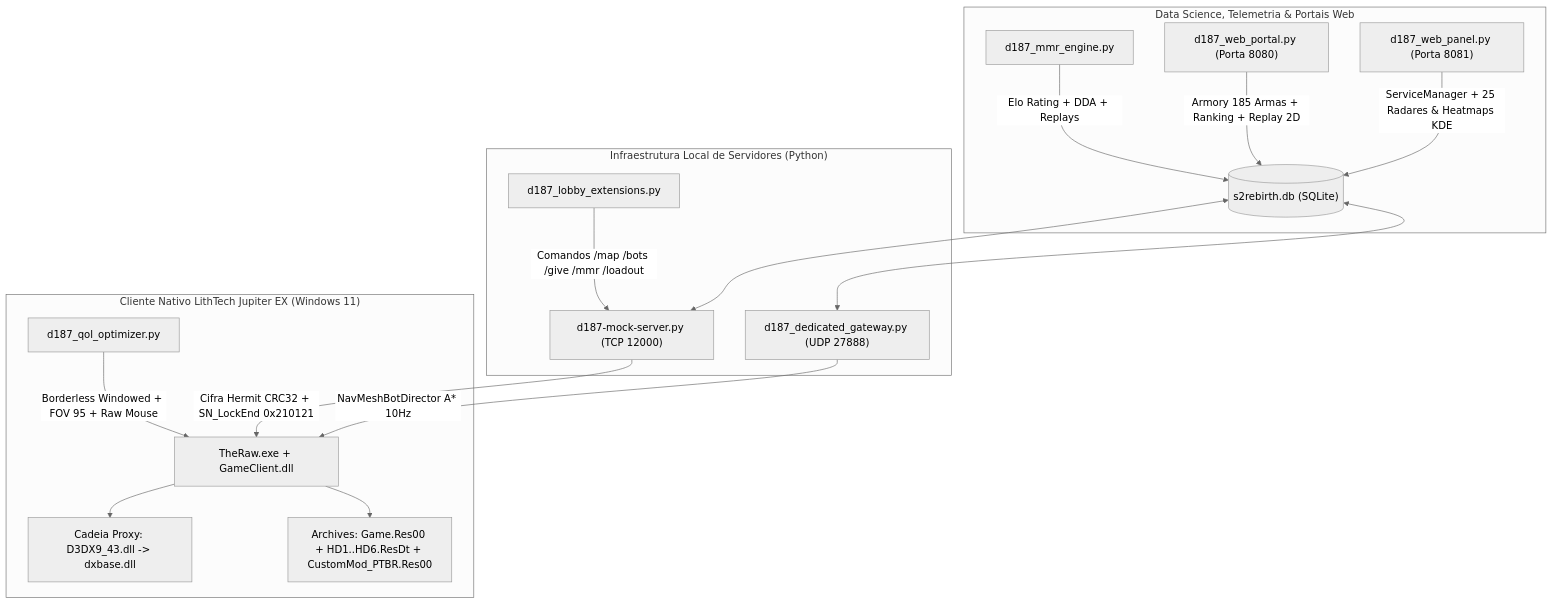
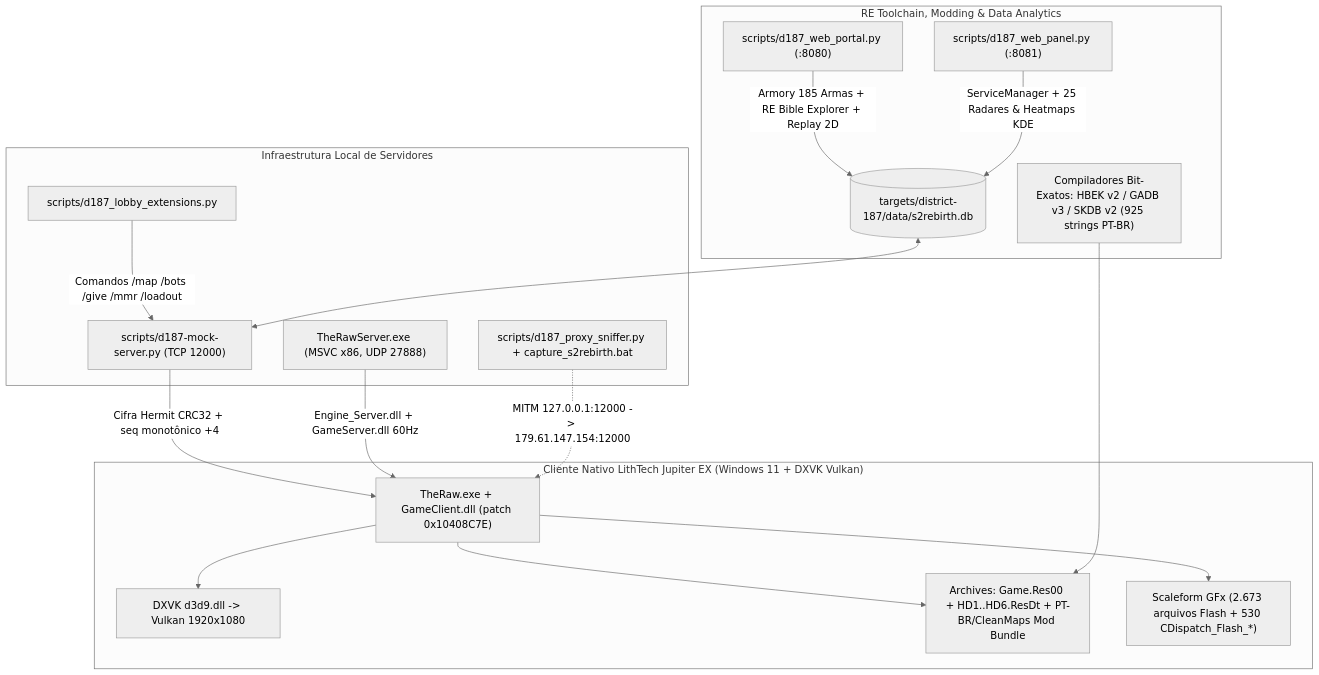
The diagram in README.md (Gleidisonjr/district187-reverse-engineering), drawn with Mermaid (neutral theme) before and after one commit. The commit also changed other lines of this file and 4 other files, not shown here.

Commit message:
docs(readme): full RE investigation, test suite, S2 Rebirth base download & MITM capture tooling

````diff
--- a/README.md
+++ b/README.md
@@ -43,22 +63,22 @@
 ```mermaid
 flowchart TD
-    subgraph ClientLayer["Cliente Nativo LithTech Jupiter EX (Windows 11)"]
-        A["TheRaw.exe + GameClient.dll"] --> B["Cadeia Proxy: D3DX9_43.dll -> dxbase.dll"]
-        A --> C["Archives: Game.Res00 + HD1..HD6.ResDt + CustomMod_PTBR.Res00"]
-        Q["d187_qol_optimizer.py"] -->|Borderless Windowed + FOV 95 + Raw Mouse| A
+    subgraph ClientLayer["Cliente Nativo LithTech Jupiter EX (Windows 11 + DXVK Vulkan)"]
+        A["TheRaw.exe + GameClient.dll (patch 0x10408C7E)"] --> B["DXVK d3d9.dll -> Vulkan 1920x1080"]
+        A --> C["Archives: Game.Res00 + HD1..HD6.ResDt + PT-BR/CleanMaps Mod Bundle"]
+        A --> SF["Scaleform GFx (2.673 arquivos Flash + 530 CDispatch_Flash_*)"]
     end
 
-    subgraph ServerLayer["Infraestrutura Local de Servidores (Python)"]
-        D["d187-mock-server.py (TCP 12000)"] -->|Cifra Hermit CRC32 + SN_LockEnd 0x210121| A
-        E["d187_lobby_extensions.py"] -->|Comandos /map /bots /give /mmr /loadout| D
-        F["d187_dedicated_gateway.py (UDP 27888)"] -->|NavMeshBotDirector A* 10Hz| A
+    subgraph ServerLayer["Infraestrutura Local de Servidores"]
+        D["scripts/d187-mock-server.py (TCP 12000)"] -->|Cifra Hermit CRC32 + seq monotônico +4| A
+        E["scripts/d187_lobby_extensions.py"] -->|Comandos /map /bots /give /mmr /loadout| D
+        N["TheRawServer.exe (MSVC x86, UDP 27888)"] -->|Engine_Server.dll + GameServer.dll 60Hz| A
+        M["scripts/d187_proxy_sniffer.py + capture_s2rebirth.bat"] -.->|MITM 127.0.0.1:12000 -> 179.61.147.154:12000| A
     end
 
-    subgraph DataAnalytics["Data Science, Telemetria & Portais Web"]
-        G[("s2rebirth.db (SQLite)")] <--> D
-        G <--> F
-        H["d187_mmr_engine.py"] -->|Elo Rating + DDA + Replays| G
-        I["d187_web_portal.py (Porta 8080)"] -->|Armory 185 Armas + Ranking + Replay 2D| G
-        J["d187_web_panel.py (Porta 8081)"] -->|ServiceManager + 25 Radares & Heatmaps KDE| G
+    subgraph ToolingAndAnalytics["RE Toolchain, Modding & Data Analytics"]
+        G[("targets/district-187/data/s2rebirth.db")] <--> D
+        C1["Compiladores Bit-Exatos: HBEK v2 / GADB v3 / SKDB v2 (925 strings PT-BR)"] --> C
+        I["scripts/d187_web_portal.py (:8080)"] -->|Armory 185 Armas + RE Bible Explorer + Replay 2D| G
+        J["scripts/d187_web_panel.py (:8081)"] -->|ServiceManager + 25 Radares & Heatmaps KDE| G
     end
 ```
````
